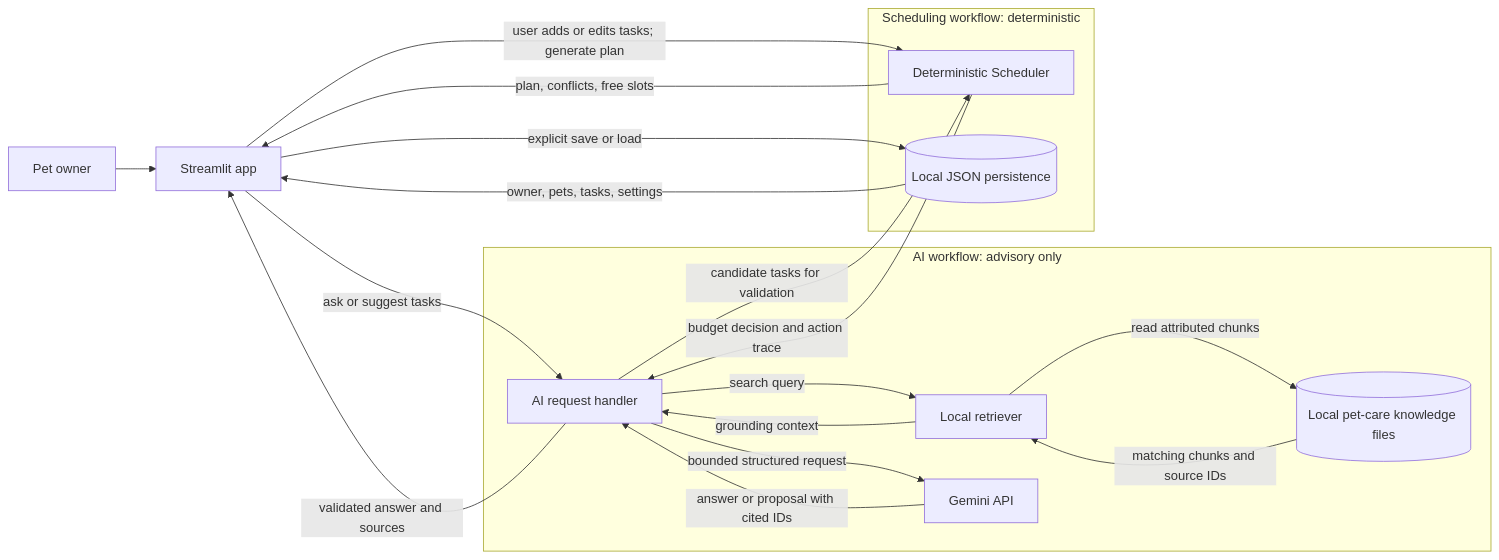
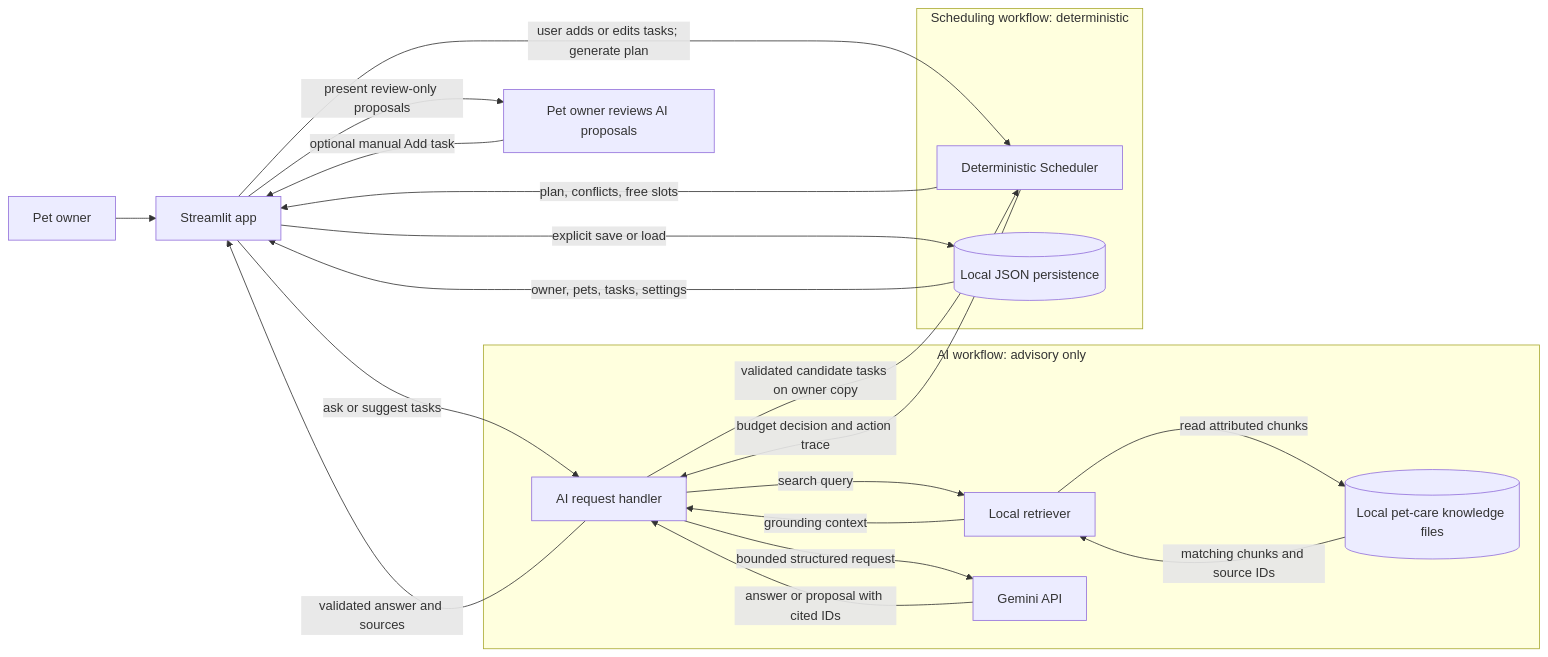
The diagram in diagrams/architecture.mmd (sudinkatuwal7/ai110-module2show-pawpal-starter), drawn with Mermaid before and after one commit. The commit also changed 3 other files, not shown here.

```diff
--- a/diagrams/architecture.mmd
+++ b/diagrams/architecture.mmd
@@ -1,28 +1,30 @@
 flowchart LR
     user[Pet owner] --> ui[Streamlit app]
     ui -->|ask or suggest tasks| handler[AI request handler]
     handler -->|search query| retriever[Local retriever]
     retriever -->|read attributed chunks| kb[(Local pet-care knowledge files)]
     kb -->|matching chunks and source IDs| retriever
     retriever -->|grounding context| handler
     handler -->|bounded structured request| gemini[Gemini API]
     gemini -->|answer or proposal with cited IDs| handler
     handler -->|validated answer and sources| ui
-    handler -->|candidate tasks for validation| scheduler[Deterministic Scheduler]
+    handler -->|validated candidate tasks on owner copy| scheduler[Deterministic Scheduler]
     scheduler -->|budget decision and action trace| handler
+    ui -->|present review-only proposals| review[Pet owner reviews AI proposals]
+    review -->|optional manual Add task| ui
     ui -->|user adds or edits tasks; generate plan| scheduler
     scheduler -->|plan, conflicts, free slots| ui
     ui -->|explicit save or load| storage[(Local JSON persistence)]
     storage -->|owner, pets, tasks, settings| ui
 
     subgraph AI_workflow[AI workflow: advisory only]
         handler
         retriever
         kb
         gemini
     end
 
     subgraph Scheduling_workflow[Scheduling workflow: deterministic]
         scheduler
         storage
     end
```
